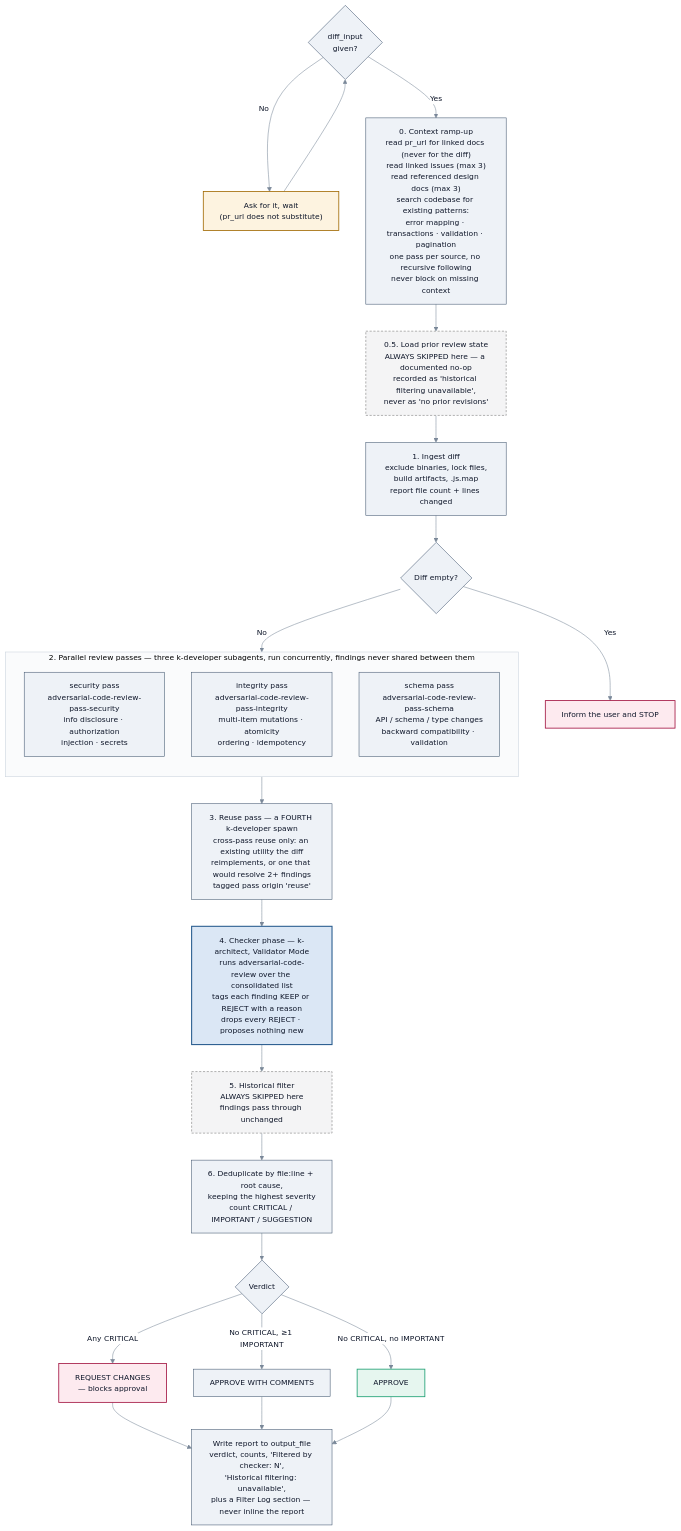
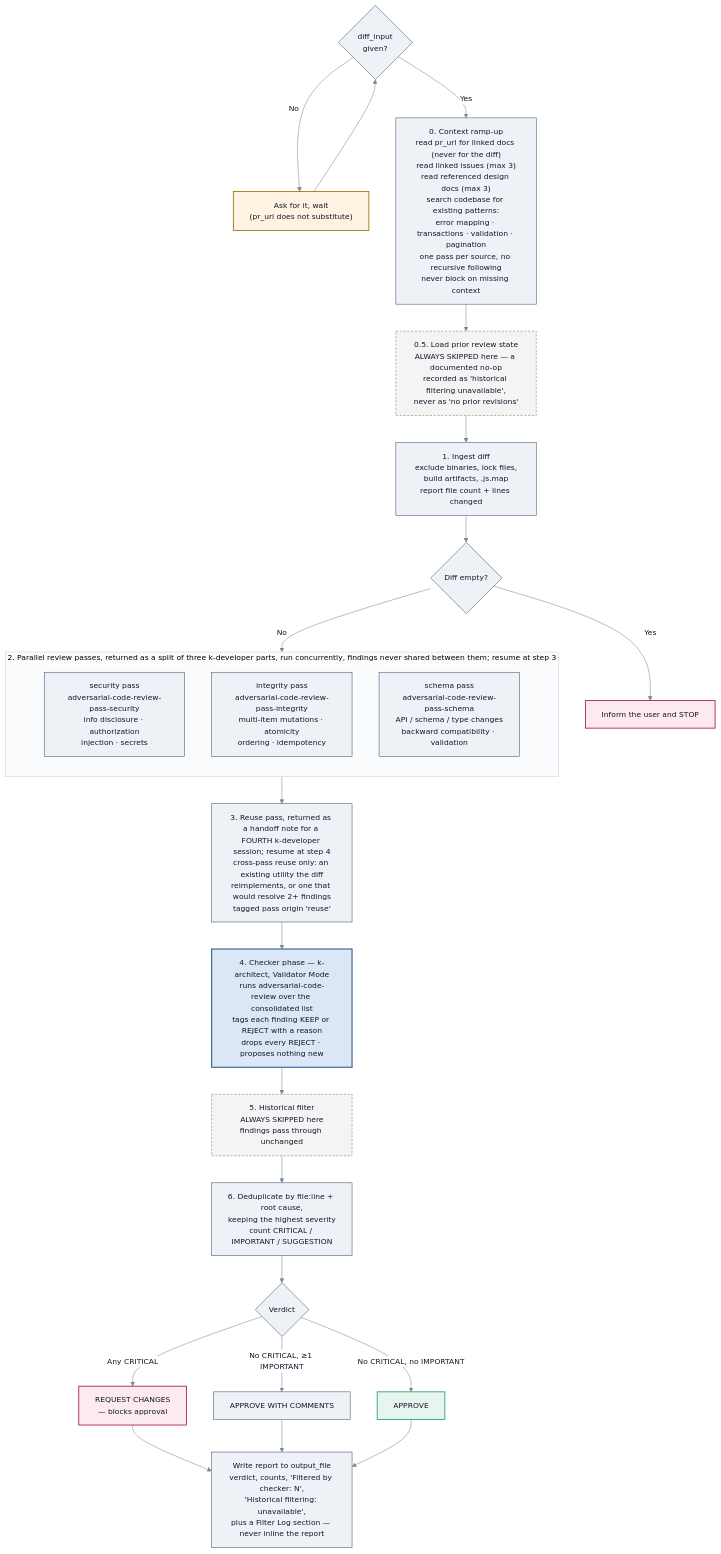
Before and after one commit to aws-solutions/konductor: the third of 4 diagrams in docs/user-guide/sop-workflows/code-review.md, drawn with Mermaid. The commit also changed other lines of this file and 14 other files, not shown here.

````diff
--- a/docs/user-guide/sop-workflows/code-review.md
+++ b/docs/user-guide/sop-workflows/code-review.md
@@ -311,52 +311,52 @@
 ```mermaid
 %%{init:{'theme':'base','themeVariables':{'fontSize':'14px','primaryColor':'#eef2f7','primaryTextColor':'#0f172a','primaryBorderColor':'#40556e','lineColor':'#7a8899','textColor':'#0f172a','edgeLabelBackground':'#ffffff','clusterBkg':'#fafbfc','clusterBorder':'#c9d2dc'}}}%%
 flowchart TD
     P{"diff_input<br/>given?"} -->|No| Ask["Ask for it, wait<br/>(pr_url does not substitute)"]
     Ask --> P
     P -->|Yes| S0
 
     S0["0. Context ramp-up<br/>read pr_url for linked docs (never for the diff)<br/>read linked issues (max 3)<br/>read referenced design docs (max 3)<br/>search codebase for existing patterns:<br/>error mapping · transactions · validation · pagination<br/>one pass per source, no recursive following<br/>never block on missing context"]
 
     S0 --> Half["0.5. Load prior review state<br/>ALWAYS SKIPPED here — a documented no-op<br/>recorded as 'historical filtering unavailable',<br/>never as 'no prior revisions'"]
     Half --> S1["1. Ingest diff<br/>exclude binaries, lock files,<br/>build artifacts, .js.map<br/>report file count + lines changed"]
     S1 --> Empty{"Diff empty?"}
     Empty -->|Yes| Stop["Inform the user and STOP"]
     Empty -->|No| Passes
 
-    subgraph Passes["2. Parallel review passes — three k-developer subagents, run concurrently, findings never shared between them"]
+    subgraph Passes["2. Parallel review passes, returned as a split of three k-developer parts, run concurrently, findings never shared between them; resume at step 3"]
         direction TB
         S2a["security pass<br/>adversarial-code-review-pass-security<br/>info disclosure · authorization<br/>injection · secrets"]
         S2b["integrity pass<br/>adversarial-code-review-pass-integrity<br/>multi-item mutations · atomicity<br/>ordering · idempotency"]
         S2c["schema pass<br/>adversarial-code-review-pass-schema<br/>API / schema / type changes<br/>backward compatibility · validation"]
     end
 
-    Passes --> S3["3. Reuse pass — a FOURTH k-developer spawn<br/>cross-pass reuse only: an existing utility the diff<br/>reimplements, or one that would resolve 2+ findings<br/>tagged pass origin 'reuse'"]
+    Passes --> S3["3. Reuse pass, returned as a handoff note for a FOURTH k-developer session; resume at step 4<br/>cross-pass reuse only: an existing utility the diff<br/>reimplements, or one that would resolve 2+ findings<br/>tagged pass origin 'reuse'"]
 
     S3 --> S4["4. Checker phase — k-architect, Validator Mode<br/>runs adversarial-code-review over the consolidated list<br/>tags each finding KEEP or REJECT with a reason<br/>drops every REJECT · proposes nothing new"]
 
     S4 --> S5["5. Historical filter<br/>ALWAYS SKIPPED here<br/>findings pass through unchanged"]
 
     S5 --> S6["6. Deduplicate by file:line + root cause,<br/>keeping the highest severity<br/>count CRITICAL / IMPORTANT / SUGGESTION"]
 
     S6 --> V{"Verdict"}
     V -->|"Any CRITICAL"| RC["REQUEST CHANGES<br/>— blocks approval"]
     V -->|"No CRITICAL, ≥1 IMPORTANT"| AC["APPROVE WITH COMMENTS"]
     V -->|"No CRITICAL, no IMPORTANT"| AP["APPROVE"]
 
     RC --> W
     AC --> W
     AP --> W
     W["Write report to output_file<br/>verdict, counts, 'Filtered by checker: N',<br/>'Historical filtering: unavailable',<br/>plus a Filter Log section — never inline the report"]
 
     class Half,S5 muted
     class Ask gate
     class Stop,RC stop
     class AP good
     class S4 focus
 
     classDef gate fill:#fdf3e0,stroke:#a06800,stroke-width:1.5px,color:#0f172a;
     classDef stop fill:#fdeaef,stroke:#a1123f,stroke-width:1.5px,color:#0f172a;
     classDef good fill:#e6f6ef,stroke:#199e70,stroke-width:1.5px,color:#0f172a;
     classDef muted fill:#f4f4f5,stroke:#8a8a8a,stroke-width:1.2px,color:#0f172a,stroke-dasharray:4 3;
     classDef focus fill:#dbe7f5,stroke:#2a5d8f,stroke-width:2px,color:#0f172a;
 ```
````
